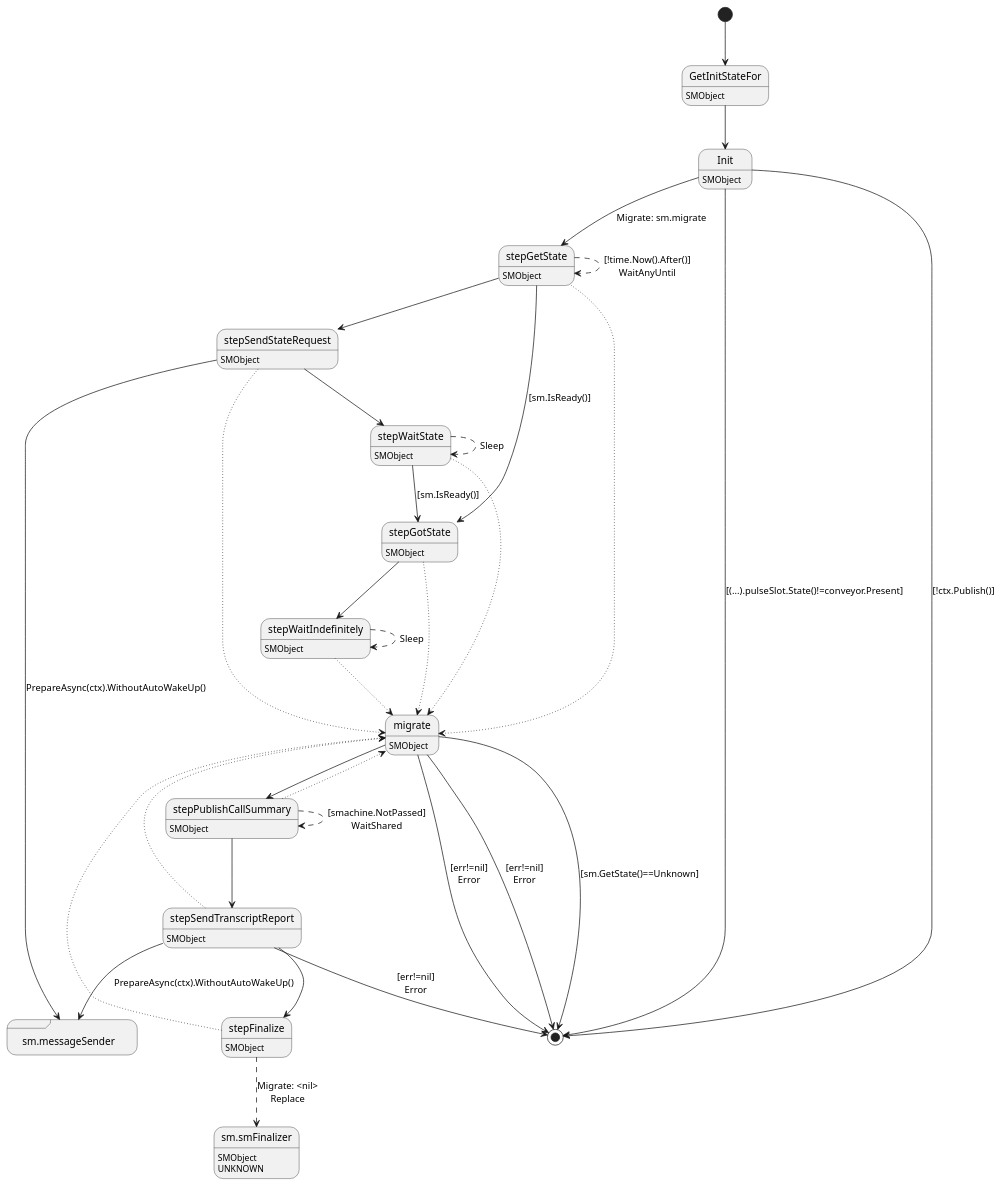
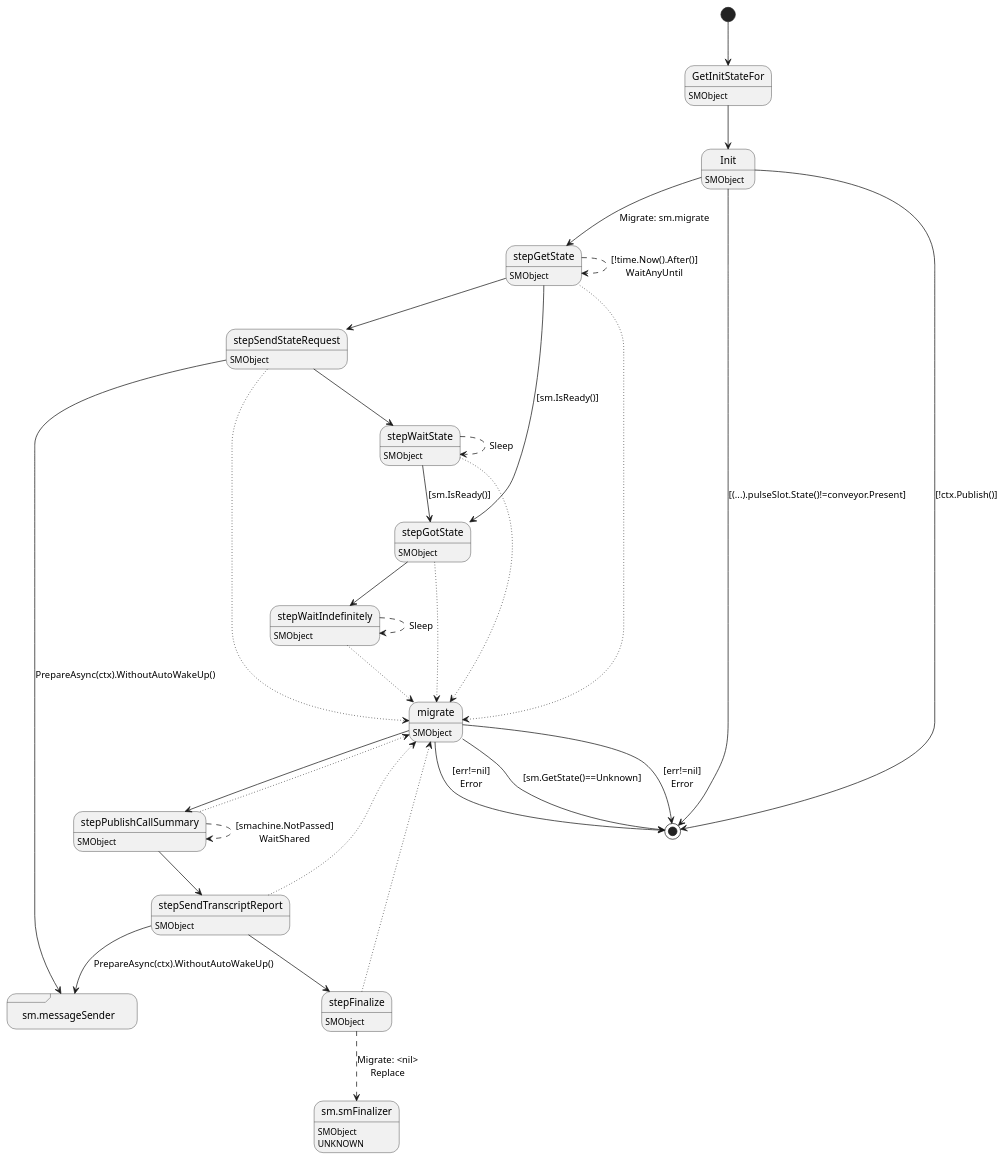
The diagram in ledger-core/virtual/object/object.plantuml (insolar/assured-ledger), drawn with PlantUML before and after one commit. The commit also changed 1 other file, not shown here.

```diff
--- a/ledger-core/virtual/object/object.plantuml
+++ b/ledger-core/virtual/object/object.plantuml
@@ -1,61 +1,60 @@
 @startuml
 state "GetInitStateFor" as T00_S001
 T00_S001 : SMObject
 [*] --> T00_S001
 T00_S001 --> T00_S002
 state "Init" as T00_S002
 T00_S002 : SMObject
 T00_S002 --> [*] : [(...).pulseSlot.State()!=conveyor.Present]
 T00_S002 --> [*] : [!ctx.Publish()]
 T00_S002 --> T00_S005 : Migrate: sm.migrate
 state "migrate" as T00_S009
 T00_S009 : SMObject
 T00_S009 --> [*] : [sm.GetState()==Unknown]
 T00_S009 --> [*] : [err!=nil]\nError
 T00_S009 --> [*] : [err!=nil]\nError
 T00_S009 --> T00_S010
 state "sm.messageSender" as T00_S004 <<sdlreceive>>
 T00_S004 : DUPLICATE
 state "stepFinalize" as T00_S012
 T00_S012 : SMObject
 T00_S012 --[dotted]> T00_S009
 state "sm.smFinalizer" as T00_U001
 T00_U001 : SMObject
 T00_U001 : UNKNOWN 
 T00_S012 --[dashed]> T00_U001 : Migrate: <nil>\nReplace
 state "stepGetState" as T00_S005
 T00_S005 : SMObject
 T00_S005 --[dotted]> T00_S009
 T00_S005 --> T00_S007 : [sm.IsReady()]
 T00_S005 --[dashed]> T00_S005 : [!time.Now().After()]\nWaitAnyUntil
 T00_S005 --> T00_S003
 state "stepGotState" as T00_S007
 T00_S007 : SMObject
 T00_S007 --[dotted]> T00_S009
 T00_S007 --> T00_S008
 state "stepPublishCallSummary" as T00_S010
 T00_S010 : SMObject
 T00_S010 --[dotted]> T00_S009
 T00_S010 --[dashed]> T00_S010 : [smachine.NotPassed]\nWaitShared
 T00_S010 --> T00_S011
 state "stepSendStateRequest" as T00_S003
 T00_S003 : SMObject
 T00_S003 --[dotted]> T00_S009
 T00_S003 --> T00_S004 : PrepareAsync(ctx).WithoutAutoWakeUp()
 T00_S003 --> T00_S006
 state "stepSendTranscriptReport" as T00_S011
 T00_S011 : SMObject
 T00_S011 --[dotted]> T00_S009
-T00_S011 --> [*] : [err!=nil]\nError
 T00_S011 --> T00_S004 : PrepareAsync(ctx).WithoutAutoWakeUp()
 T00_S011 --> T00_S012
 state "stepWaitIndefinitely" as T00_S008
 T00_S008 : SMObject
 T00_S008 --[dotted]> T00_S009
 T00_S008 --[dashed]> T00_S008 : Sleep
 state "stepWaitState" as T00_S006
 T00_S006 : SMObject
 T00_S006 --[dotted]> T00_S009
 T00_S006 --> T00_S007 : [sm.IsReady()]
 T00_S006 --[dashed]> T00_S006 : Sleep
 @enduml
```
